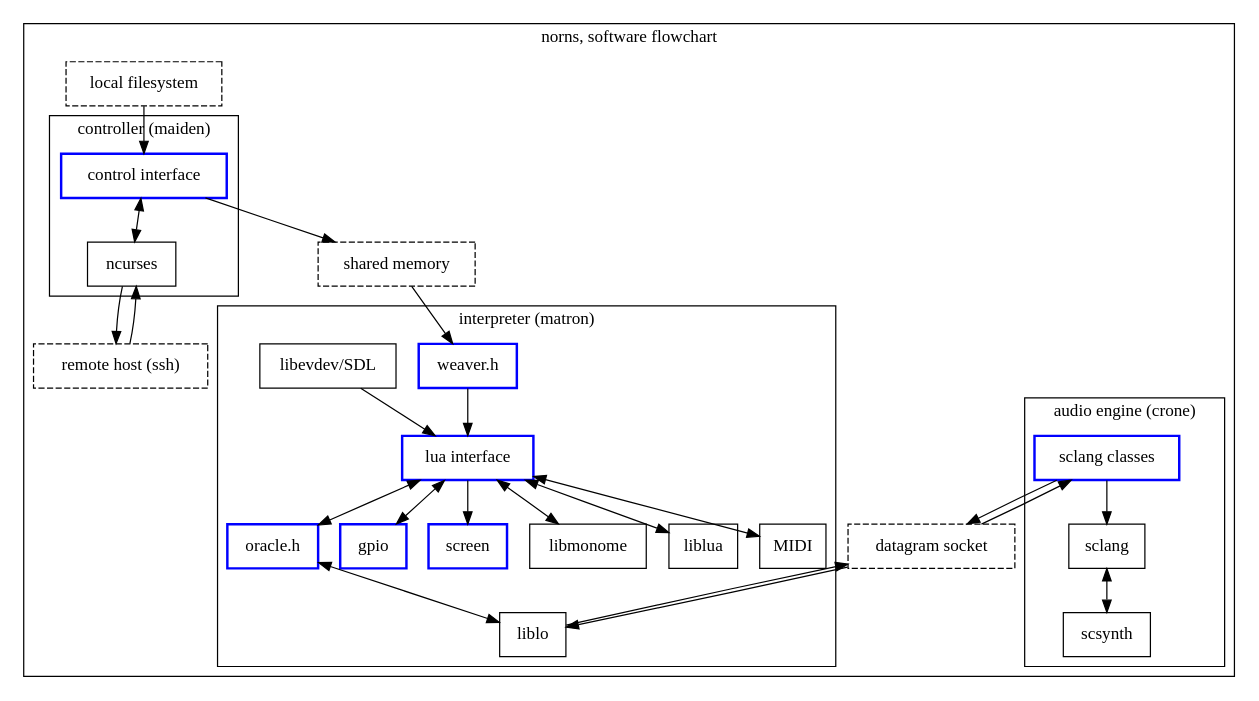
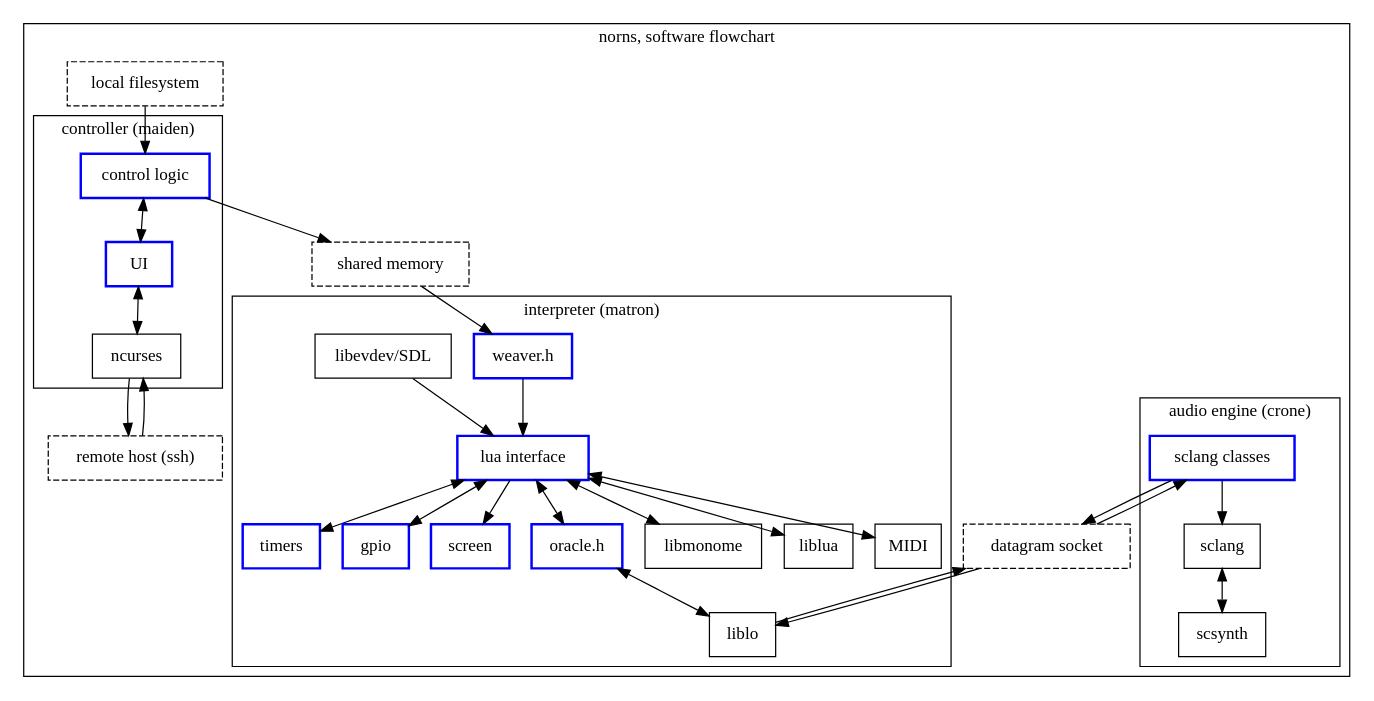
Before and after one commit to monome/norns: the second of 2 diagrams in design/software-structure.org, drawn with Graphviz. The commit also changed other lines of this file and 2 other files, not shown here.

```diff
--- a/design/software-structure.org
+++ b/design/software-structure.org
@@ -74,14 +94,17 @@
 	subgraph norns_code {
 		node[color=blue, style=bold];
 
-		ctl [label="control interface"];
+		ctl [label="control logic"];
+        ui [label="UI"];
+
+		weaver [label="weaver.h"];
 		lua[label="lua interface"];
-		weaver [label="weaver.h"];
-		oracle [label="oracle.h"];
 
+        timers;
 		gpio;
 		screen;
 
+		oracle [label="oracle.h"];
 		sc[label="sclang classes"];
 	}
 
@@ -113,6 +136,7 @@
 		subgraph cluster_maiden {
 			label="controller (maiden)";
 			ctl;
+            ui;
 			ncurses;	
 		}
 
@@ -132,6 +156,7 @@
 			// interpreter
 			lua;
 			liblua;
+            timers;
 			// outputs
 			screen;
 			liblo;
@@ -153,7 +178,8 @@
 	files -> ctl;
 	//[label="(inotify)"];
 	ctl -> shmem;
-	ctl -> ncurses -> ctl;
+	ctl -> ui -> ctl;
+    ui -> ncurses -> ui;
 	ncurses -> remote;
 	remote -> ncurses;
 
@@ -165,6 +191,7 @@
 	MIDI -> lua -> MIDI;
 	libmonome -> lua -> libmonome;
 	lua -> liblua -> lua;
+    lua -> timers -> lua;
 	lua -> screen;
 	lua -> oracle -> liblo;
 	liblo -> oracle -> lua;
```
